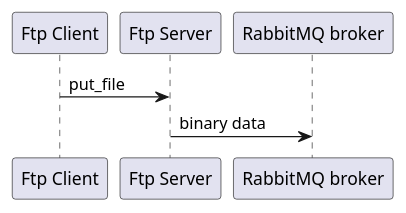
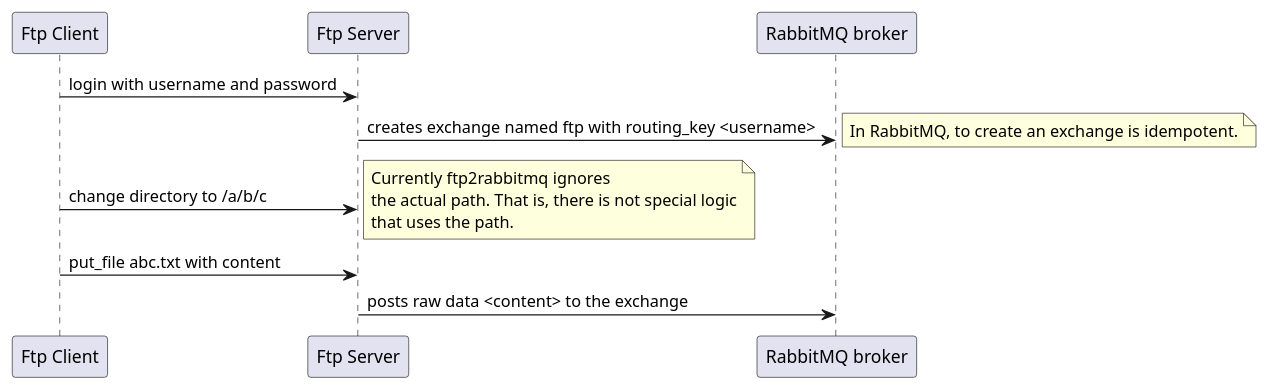
The diagram in doc/big_picture.puml (Raphexion/ftp2rabbitmq), drawn with PlantUML before and after one commit. The commit also changed 1 other file, not shown here.

```diff
--- a/doc/big_picture.puml
+++ b/doc/big_picture.puml
@@ -1,9 +1,24 @@
 @startuml
 
 participant "Ftp Client" as FC
 participant "Ftp Server" as FS
 participant "RabbitMQ broker" as RMQ
 
-FC -> FS:  put_file
-FS -> RMQ: binary data
+FC -> FS: login with username and password
+
+FS -> RMQ: creates exchange named ftp with routing_key <username>
+note right
+     In RabbitMQ, to create an exchange is idempotent.
+end note
+
+FC -> FS: change directory to /a/b/c
+note right
+     Currently ftp2rabbitmq ignores
+     the actual path. That is, there is not special logic
+     that uses the path.
+end note
+
+FC -> FS:  put_file abc.txt with content
+FS -> RMQ: posts raw data <content> to the exchange
+
 @enduml
```
